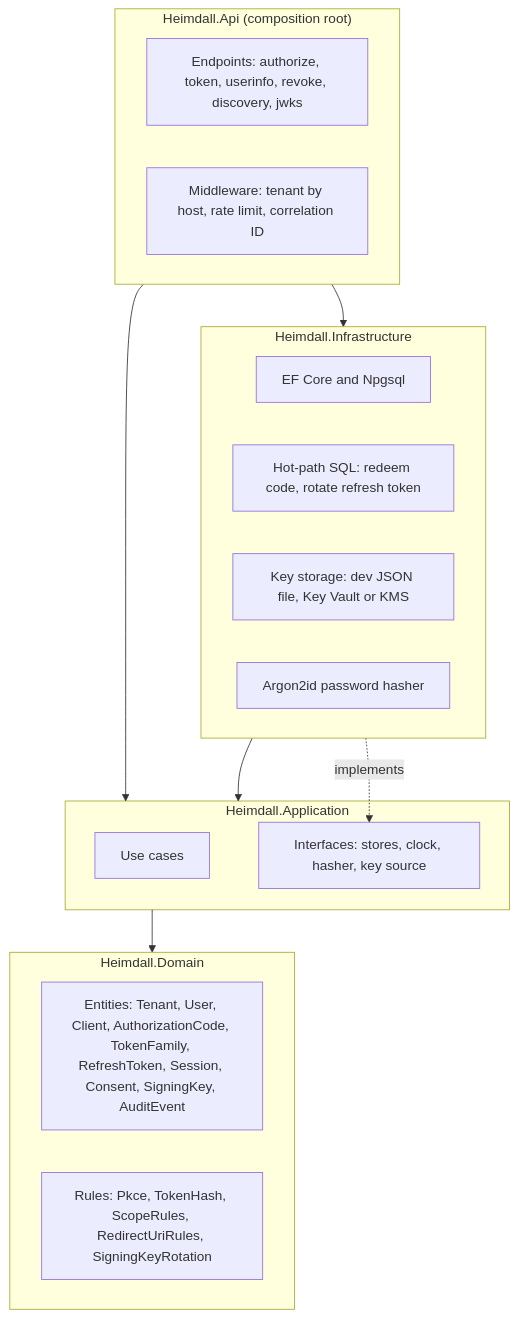
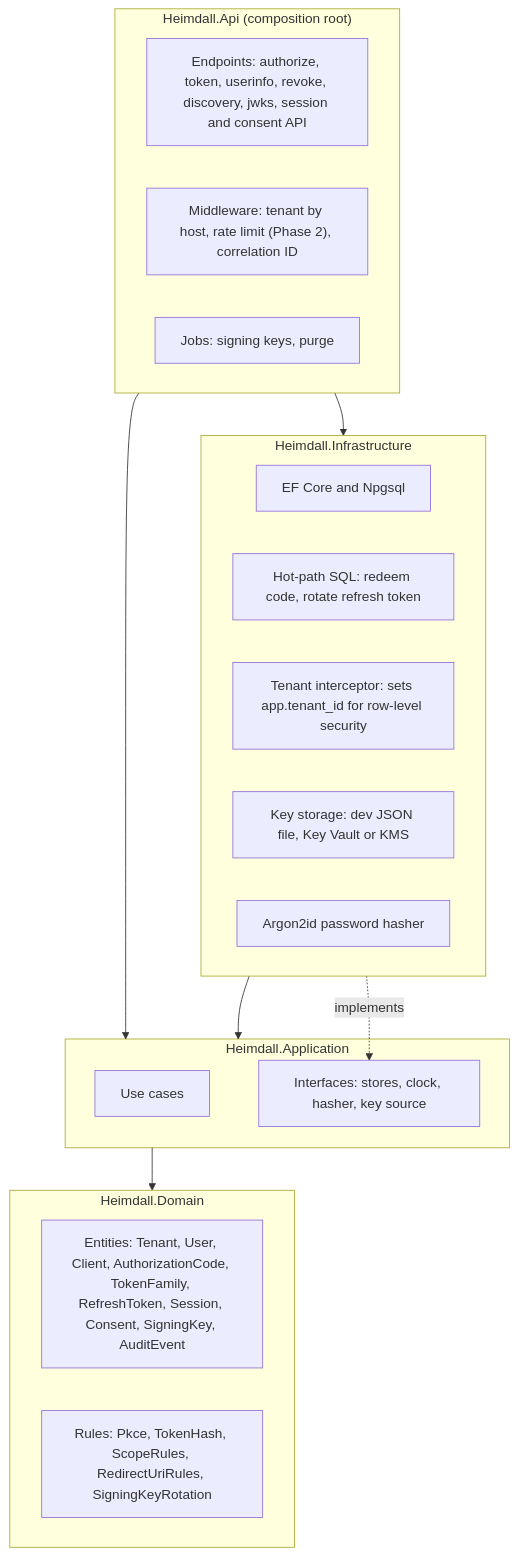
The first of 3 diagrams in docs/diagrams/01-architecture.md (Parth2500/heimdall-idp), drawn with Mermaid before and after one commit. The commit also changed other lines of this file and 25 other files, not shown here.

First line of the commit message:
Add PostgreSQL row-level security as the second tenant layer (D20)

````diff
--- a/docs/diagrams/01-architecture.md
+++ b/docs/diagrams/01-architecture.md
@@ -7,27 +7,29 @@
 ```mermaid
 flowchart TB
     subgraph Api["Heimdall.Api (composition root)"]
-        EP["Endpoints: authorize, token, userinfo, revoke, discovery, jwks"]
-        MW["Middleware: tenant by host, rate limit, correlation ID"]
+        EP["Endpoints: authorize, token, userinfo, revoke, discovery, jwks, session and consent API"]
+        MW["Middleware: tenant by host, rate limit (Phase 2), correlation ID"]
+        JOBS["Jobs: signing keys, purge"]
     end
     subgraph Infra["Heimdall.Infrastructure"]
         EF["EF Core and Npgsql"]
         SQL["Hot-path SQL: redeem code, rotate refresh token"]
+        RLS["Tenant interceptor: sets app.tenant_id for row-level security"]
         KEYS["Key storage: dev JSON file, Key Vault or KMS"]
         HASH["Argon2id password hasher"]
     end
     subgraph App["Heimdall.Application"]
         UC["Use cases"]
         PORTS["Interfaces: stores, clock, hasher, key source"]
     end
     subgraph Dom["Heimdall.Domain"]
         ENT["Entities: Tenant, User, Client, AuthorizationCode, TokenFamily, RefreshToken, Session, Consent, SigningKey, AuditEvent"]
         RULES["Rules: Pkce, TokenHash, ScopeRules, RedirectUriRules, SigningKeyRotation"]
     end
 
     Api --> App
     Api --> Infra
     Infra --> App
     App --> Dom
     Infra -.implements.-> PORTS
 ```
````
